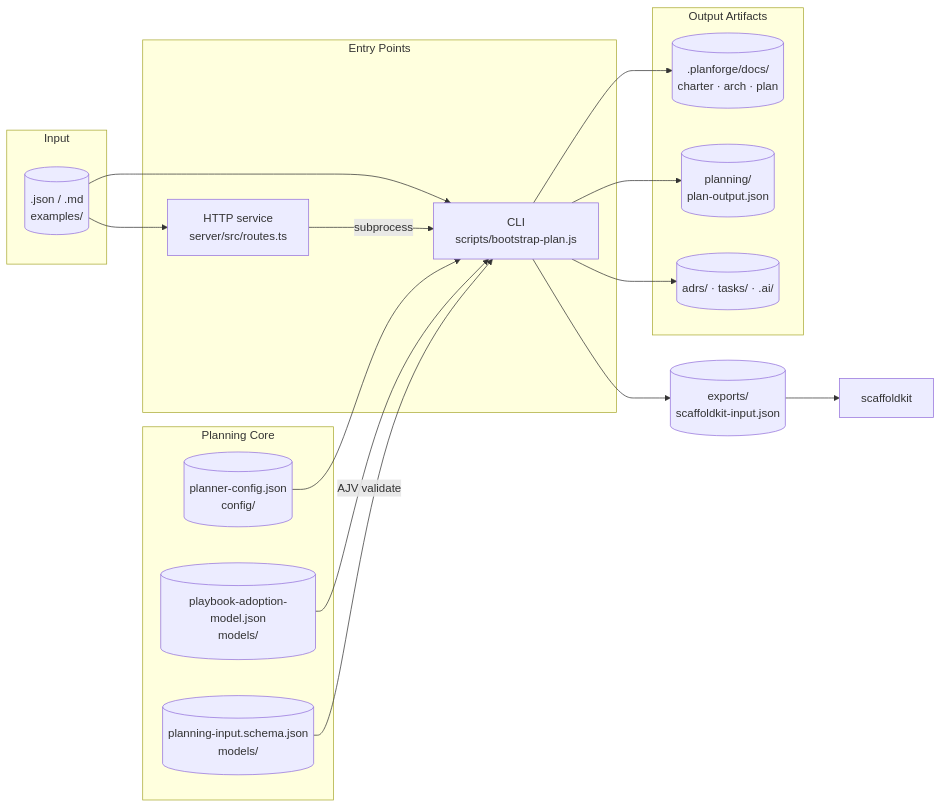
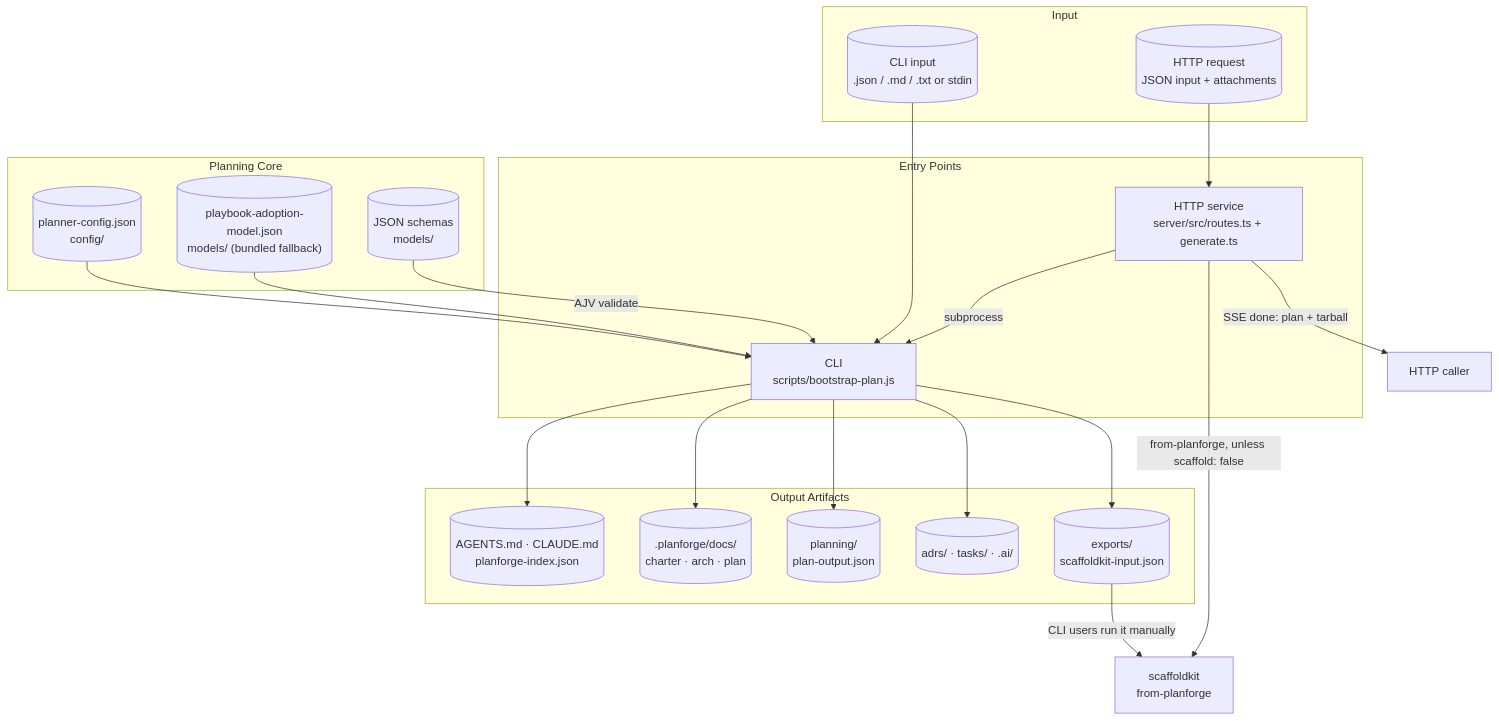
One commit to LanNguyenSi/agent-planforge changed the first of 3 diagrams in docs/architecture.md. Above: the diagram before and after it, drawn with Mermaid. The commit also changed other lines of this file and 9 other files, not shown here.

First line of the commit message:
docs: align planforge docs with the CLI and HTTP service behaviour

````diff
--- a/docs/architecture.md
+++ b/docs/architecture.md
@@ -7,38 +9,44 @@
 ```mermaid
-flowchart LR
+flowchart TD
   subgraph inputs["Input"]
-    I1[(".json / .md\nexamples/")]
+    I1[("CLI input<br/>.json / .md / .txt or stdin")]
+    I2[("HTTP request<br/>JSON input + attachments")]
   end
 
   subgraph entry["Entry Points"]
-    E1["CLI\nscripts/bootstrap-plan.js"]
-    E2["HTTP service\nserver/src/routes.ts"]
+    E1["CLI<br/>scripts/bootstrap-plan.js"]
+    E2["HTTP service<br/>server/src/routes.ts + generate.ts"]
   end
 
   subgraph core["Planning Core"]
-    C1[("planner-config.json\nconfig/")]
-    C2[("playbook-adoption-model.json<br/>models/")]
-    C3[("planning-input.schema.json\nmodels/")]
+    C1[("planner-config.json<br/>config/")]
+    C2[("playbook-adoption-model.json<br/>models/ (bundled fallback)")]
+    C3[("JSON schemas<br/>models/")]
   end
 
   subgraph artifacts["Output Artifacts"]
-    O1[(".planforge/docs/\ncharter · arch · plan")]
-    O2[("planning/\nplan-output.json")]
+    O0[("AGENTS.md · CLAUDE.md<br/>planforge-index.json")]
+    O1[(".planforge/docs/<br/>charter · arch · plan")]
+    O2[("planning/<br/>plan-output.json")]
     O3[("adrs/ · tasks/ · .ai/")]
+    O4[("exports/<br/>scaffoldkit-input.json")]
   end
 
-  O4[("exports/\nscaffoldkit-input.json")]
-  SK["scaffoldkit"]
+  SK["scaffoldkit<br/>from-planforge"]
+  CL["HTTP caller"]
 
   I1 --> E1
-  I1 --> E2
+  I2 --> E2
   E2 -->|"subprocess"| E1
   C1 --> E1
   C2 --> E1
   C3 -->|"AJV validate"| E1
+  E1 --> O0
   E1 --> O1
   E1 --> O2
   E1 --> O3
   E1 --> O4
-  O4 --> SK
+  O4 -->|"CLI users run it manually"| SK
+  E2 -->|"from-planforge, unless scaffold: false"| SK
+  E2 -->|"SSE done: plan + tarball"| CL
 ```
````
